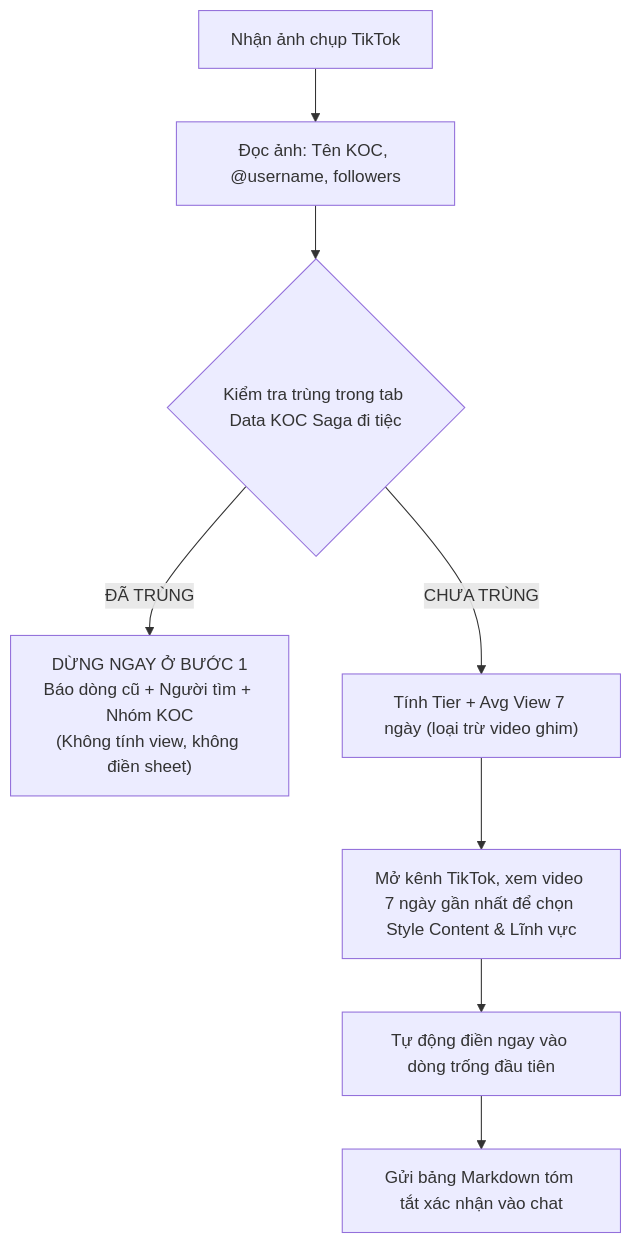
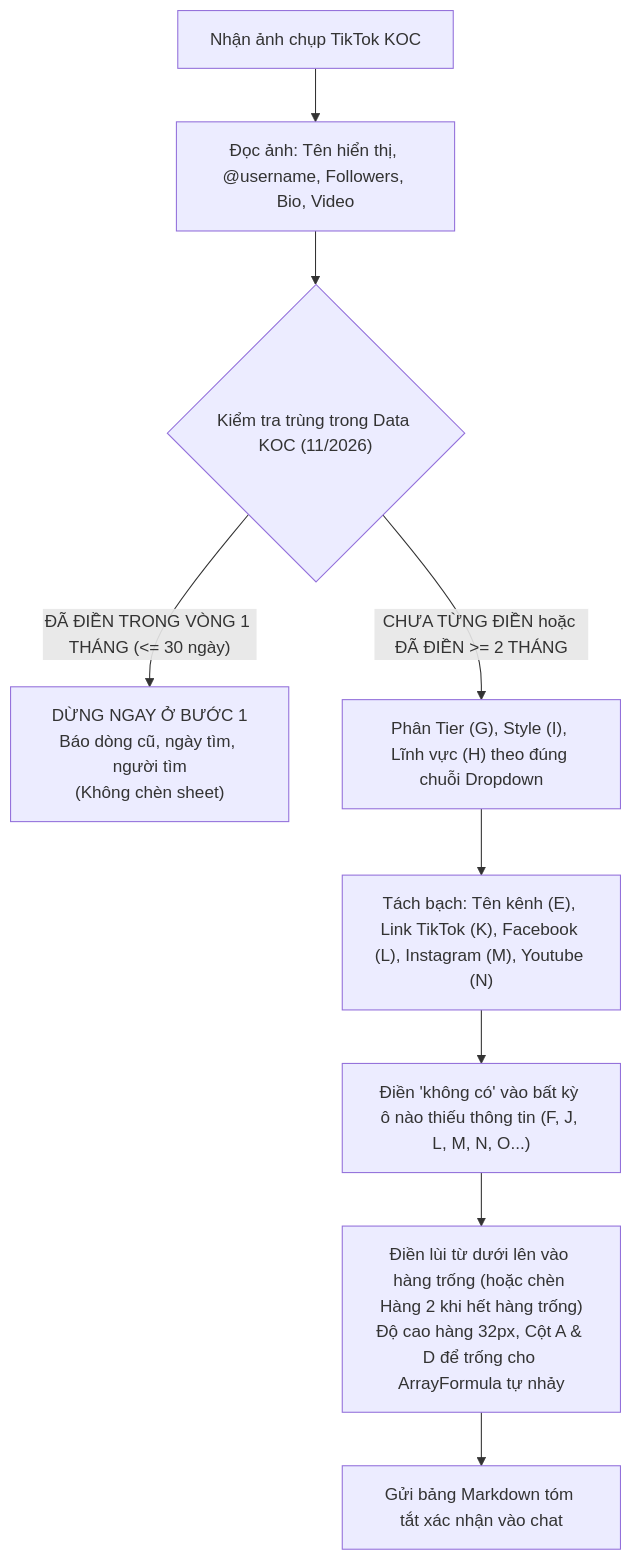
The diagram in workflows/01-tiktok-koc-audit.md (Jennybui2407/koc-project), drawn with Mermaid before and after one commit. The commit also changed other lines of this file and 60 other files, not shown here.

Commit message:
feat: cập nhật workflow 1 tiktok audit - điền lùi từ dưới lên, bảo toàn ô công thức và lọc tên kênh

````diff
--- a/workflows/01-tiktok-koc-audit.md
+++ b/workflows/01-tiktok-koc-audit.md
@@ -25,10 +25,11 @@
 ```mermaid
 flowchart TD
-    A["Nhận ảnh chụp TikTok"] --> B["Đọc ảnh: Tên KOC, @username, followers"]
-    B --> C{"Kiểm tra trùng trong tab Data KOC Saga đi tiệc"}
-    C -->|"ĐÃ TRÙNG"| D["DỪNG NGAY Ở BƯỚC 1<br/>Báo dòng cũ + Người tìm + Nhóm KOC<br/>(Không tính view, không điền sheet)"]
-    C -->|"CHƯA TRÙNG"| E["Tính Tier + Avg View 7 ngày (loại trừ video ghim)"]
-    E --> F["Mở kênh TikTok, xem video 7 ngày gần nhất để chọn Style Content & Lĩnh vực"]
-    F --> G["Tự động điền ngay vào dòng trống đầu tiên"]
-    G --> H["Gửi bảng Markdown tóm tắt xác nhận vào chat"]
+    A["Nhận ảnh chụp TikTok KOC"] --> B["Đọc ảnh: Tên hiển thị, @username, Followers, Bio, Video"]
+    B --> C{"Kiểm tra trùng trong Data KOC (11/2026)"}
+    C -->|"ĐÃ ĐIỀN TRONG VÒNG 1 THÁNG (<= 30 ngày)"| D["DỪNG NGAY Ở BƯỚC 1<br/>Báo dòng cũ, ngày tìm, người tìm<br/>(Không chèn sheet)"]
+    C -->|"CHƯA TỪNG ĐIỀN hoặc ĐÃ ĐIỀN >= 2 THÁNG"| E["Phân Tier (G), Style (I), Lĩnh vực (H) theo đúng chuỗi Dropdown"]
+    E --> F["Tách bạch: Tên kênh (E), Link TikTok (K), Facebook (L), Instagram (M), Youtube (N)"]
+    F --> G["Điền 'không có' vào bất kỳ ô nào thiếu thông tin (F, J, L, M, N, O...)"]
+    G --> H["Điền lùi từ dưới lên vào hàng trống (hoặc chèn Hàng 2 khi hết hàng trống)<br/>Độ cao hàng 32px, Cột A & D để trống cho ArrayFormula tự nhảy"]
+    H --> I["Gửi bảng Markdown tóm tắt xác nhận vào chat"]
 ```
````
